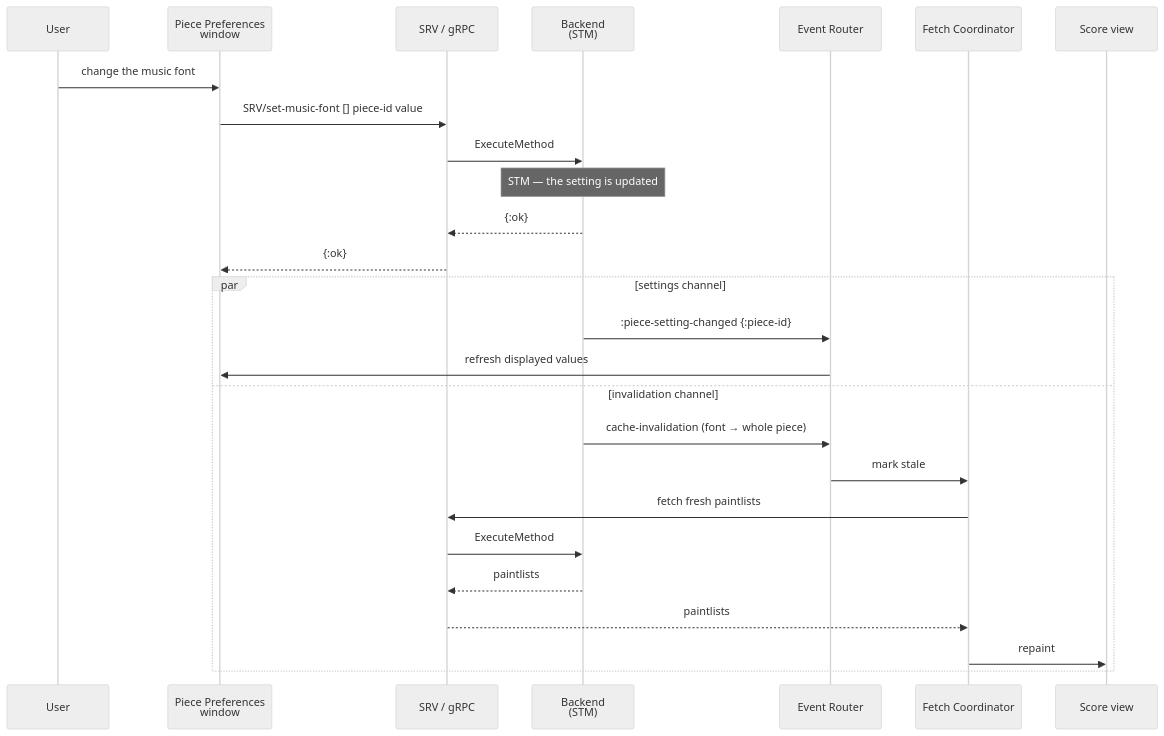
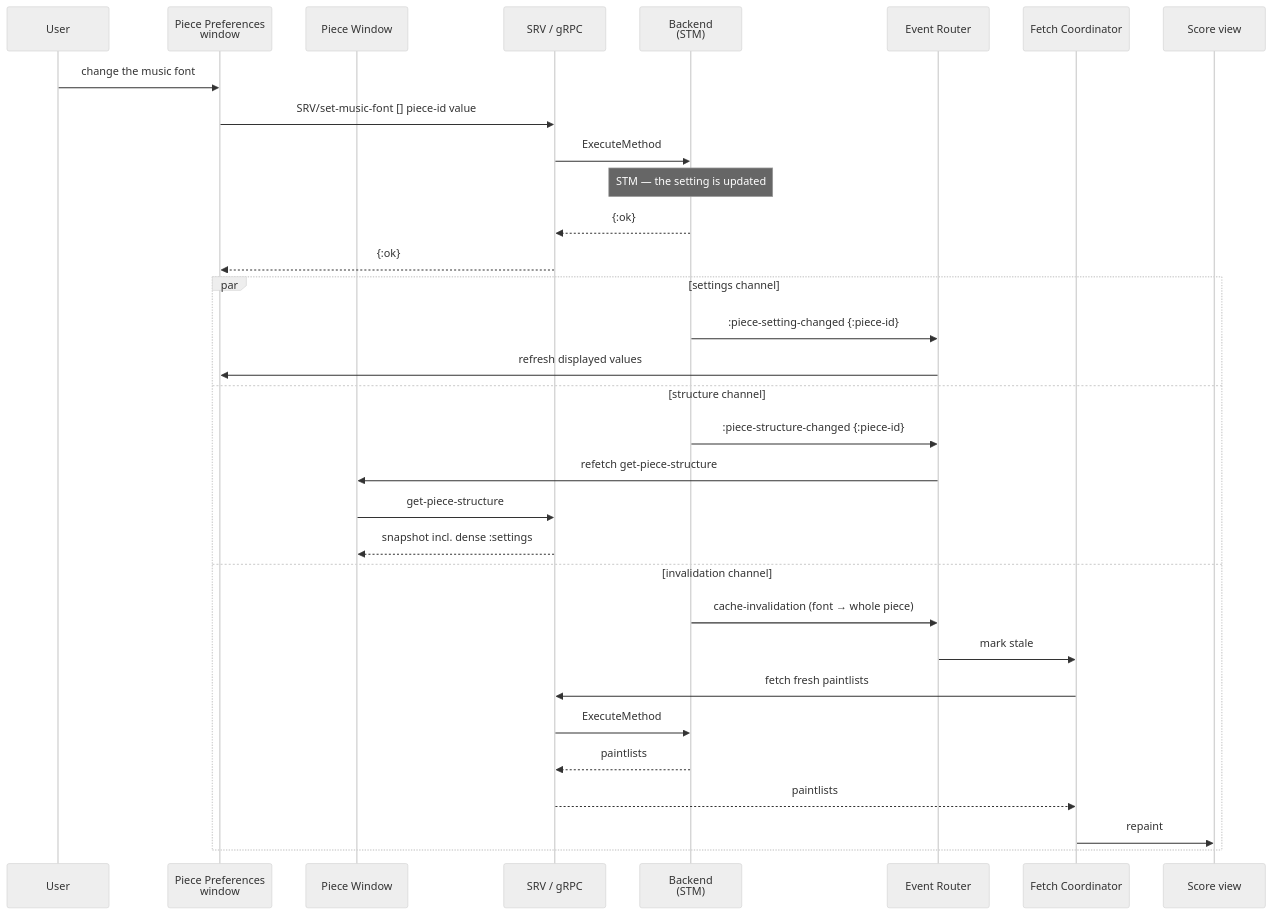
One commit to PeterBengtson/Ooloi-docs changed the second of 2 diagrams in ADRs/0053-Piece-Window-and-Piece-Preferences.md. Above: the diagram before and after it, drawn with Mermaid (neutral theme). The commit also changed other lines of this file and 6 other files, not shown here.

````diff
--- a/ADRs/0053-Piece-Window-and-Piece-Preferences.md
+++ b/ADRs/0053-Piece-Window-and-Piece-Preferences.md
@@ -206,29 +209,35 @@
 ```mermaid
 sequenceDiagram
     participant U as User
     participant PP as Piece Preferences<br/>window
+    participant PW as Piece Window
     participant SRV as SRV / gRPC
     participant BE as Backend<br/>(STM)
     participant ER as Event Router
     participant FC as Fetch Coordinator
     participant SC as Score view
 
     U->>PP: change the music font
     PP->>SRV: SRV/set-music-font [] piece-id value
     SRV->>BE: ExecuteMethod
     Note over BE: STM — the setting is updated
     BE-->>SRV: {:ok}
     SRV-->>PP: {:ok}
     par settings channel
         BE->>ER: :piece-setting-changed {:piece-id}
         ER->>PP: refresh displayed values
+    and structure channel
+        BE->>ER: :piece-structure-changed {:piece-id}
+        ER->>PW: refetch get-piece-structure
+        PW->>SRV: get-piece-structure
+        SRV-->>PW: snapshot incl. dense :settings
     and invalidation channel
         BE->>ER: cache-invalidation (font → whole piece)
         ER->>FC: mark stale
         FC->>SRV: fetch fresh paintlists
         SRV->>BE: ExecuteMethod
         BE-->>SRV: paintlists
         SRV-->>FC: paintlists
         FC->>SC: repaint
     end
 ```
````
